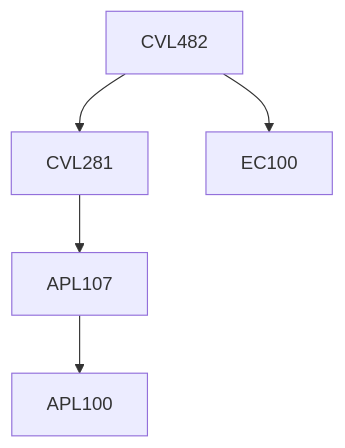
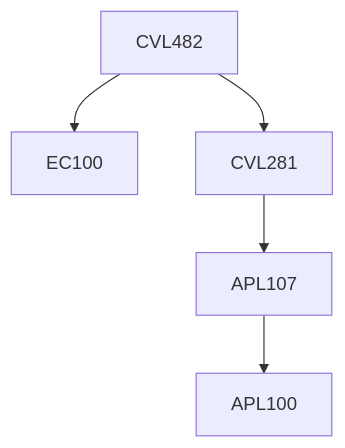
One commit to KeshavBansal0122/CoS_Website changed the diagram in content/Civil Engineering/CVL482.md. Above: the diagram before and after it, drawn with Mermaid. The commit also changed other lines of this file and 2662 other files, not shown here.

````diff
--- a/content/Civil Engineering/CVL482.md
+++ b/content/Civil Engineering/CVL482.md
@@ -13,11 +13,11 @@
 ```mermaid
 flowchart TD
 CVL482-287[CVL482]
+CVL482-287 --> EC100-287[EC100]
+CVL281-287 --> APL107-287[APL107]
 APL107-287 --> APL100-287[APL100]
-CVL281-287 --> APL107-287[APL107]
-CVL482-287 --> EC100-287[EC100]
 CVL482-287 --> CVL281-287[CVL281]
 
 classDef empty height:17px, fill:transparent, stroke:transparent;
 classDef trueEmpty height:0px, width:0px;
 ```
````
